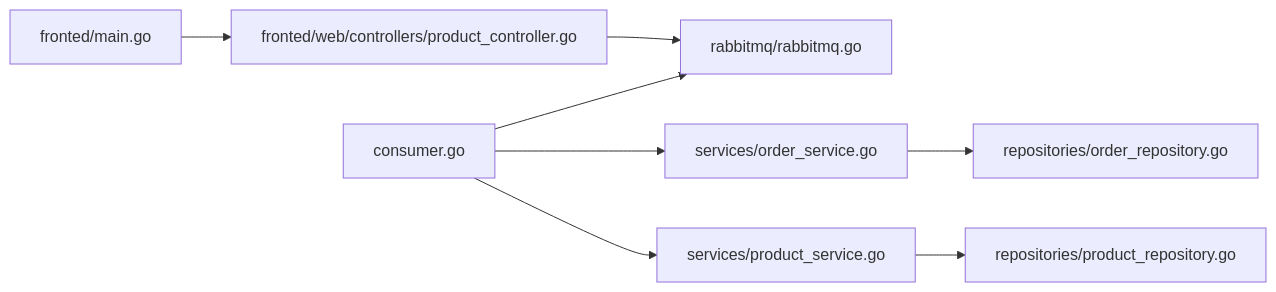
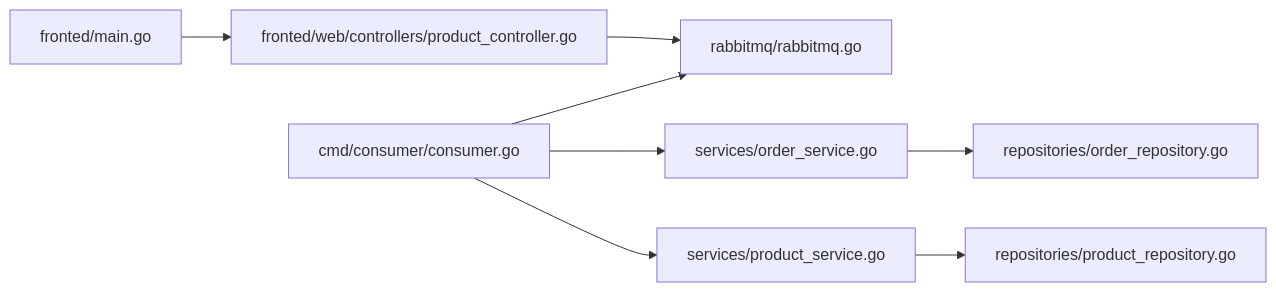
The sixth of 6 diagrams in .qoder/repowiki/zh/content/核心业务模块/消息处理模块.md (gbtdesign/e-commerce-t), drawn with Mermaid before and after one commit. The commit also changed other lines of this file and 53 other files, not shown here.

````diff
--- a/.qoder/repowiki/zh/content/核心业务模块/消息处理模块.md
+++ b/.qoder/repowiki/zh/content/核心业务模块/消息处理模块.md
@@ -254,10 +263,10 @@
 ```mermaid
 graph LR
 FE_Ctrl["fronted/web/controllers/product_controller.go"] --> RMQ["rabbitmq/rabbitmq.go"]
 FE_Main["fronted/main.go"] --> FE_Ctrl
-CONSUMER["consumer.go"] --> RMQ
+CONSUMER["cmd/consumer/consumer.go"] --> RMQ
 CONSUMER --> S_ORDER["services/order_service.go"]
 CONSUMER --> S_PRODUCT["services/product_service.go"]
 S_ORDER --> R_ORDER["repositories/order_repository.go"]
 S_PRODUCT --> R_PRODUCT["repositories/product_repository.go"]
 ```
````
